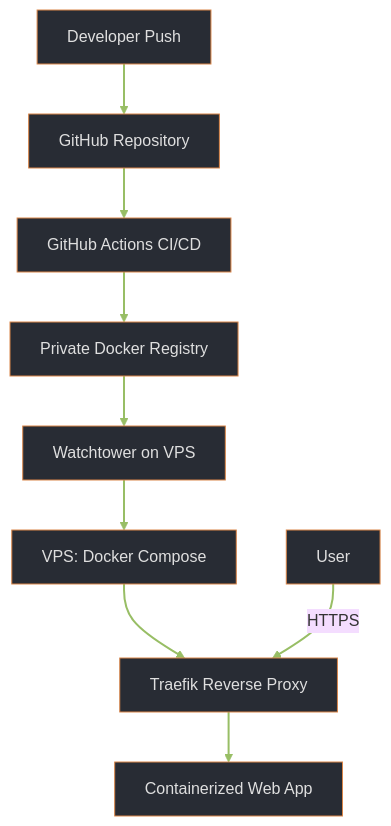
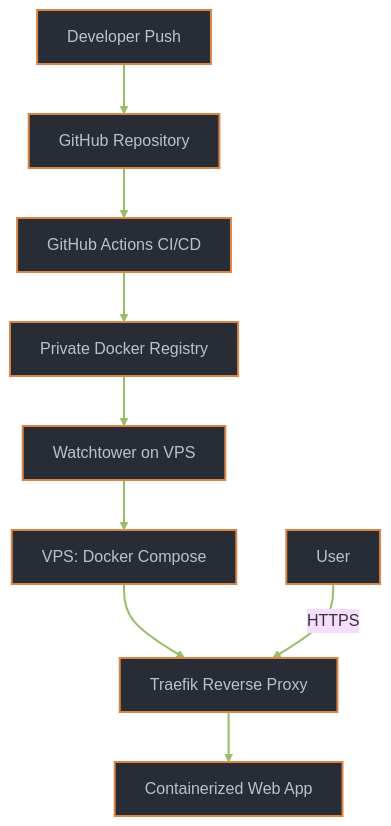
One commit to typegaro/projects changed the diagram in vps-deployment/vps-deployment.md. Above: the diagram before and after it, drawn with Mermaid (base theme).

`````diff
--- a/vps-deployment/vps-deployment.md
+++ b/vps-deployment/vps-deployment.md
@@ -11,15 +11,15 @@
 ```mermaid
 graph TD
   Dev[Developer Push] --> GitHub[GitHub Repository]
   GitHub --> CI[GitHub Actions CI/CD]
   CI --> DockerHub[Private Docker Registry]
   DockerHub --> Watchtower[Watchtower on VPS]
   Watchtower --> VPS[VPS: Docker Compose]
   VPS --> Traefik[Traefik Reverse Proxy]
   Traefik --> App[Containerized Web App]
   User[User] -->|HTTPS| Traefik
 
   linkStyle default stroke:#98be65,stroke-width:2px;
-  classDef yellowBox fill:#282c34,stroke:#da8548,color:#dfdfdf;
+  classDef yellowBox fill:#282c34,stroke:#da8548,stroke-width:2px,color:#bbc2cf;
   class Dev,GitHub,CI,DockerHub,Watchtower,VPS,Traefik,App,User yellowBox;
 ````
`````
